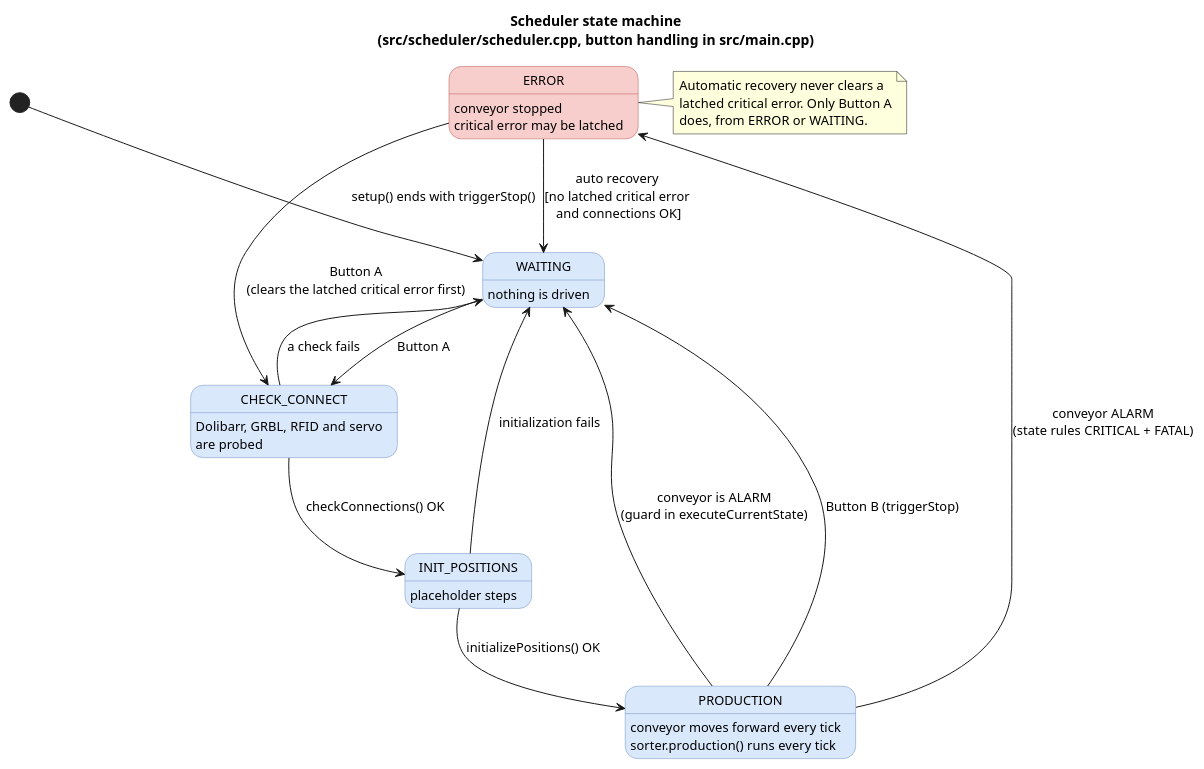
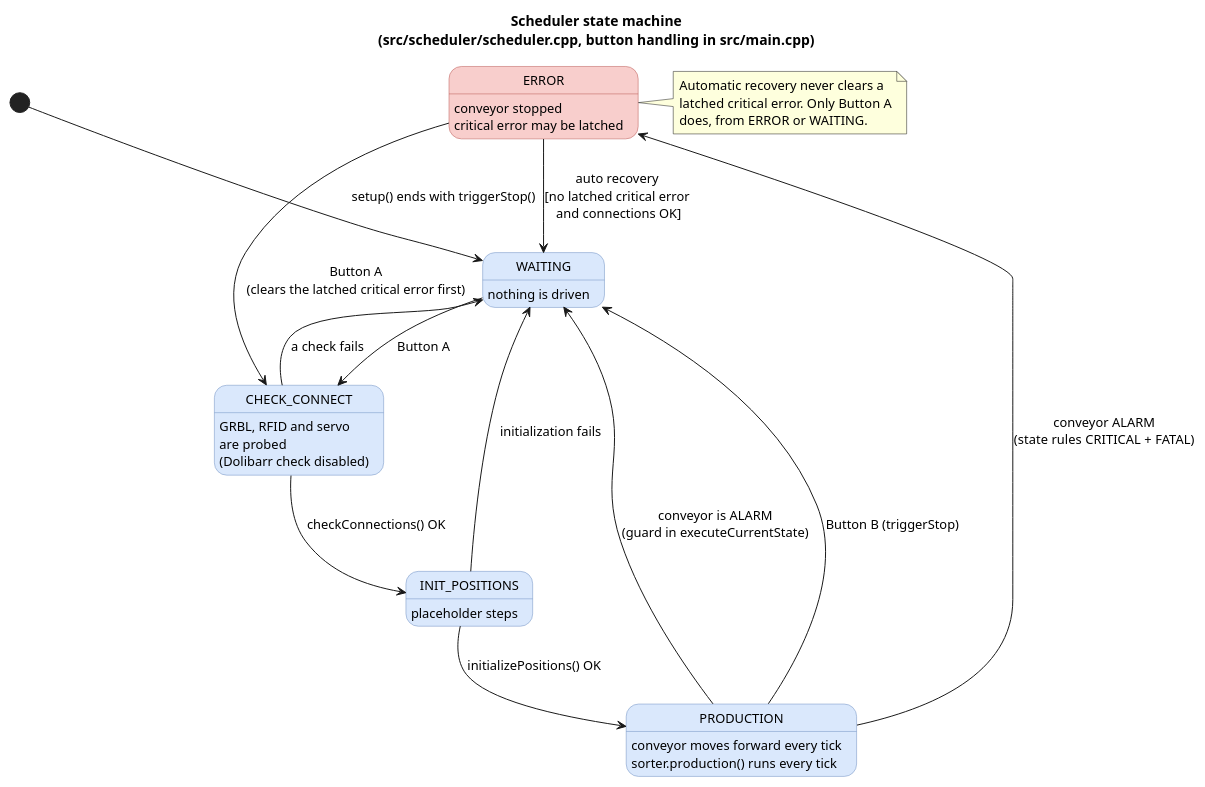
Before and after one commit to Mr-terra/Conveyor_belt: the diagram in docs/uml/03_state_scheduler.puml, drawn with PlantUML. The commit also changed 4 other files, not shown here.

```diff
--- a/docs/uml/03_state_scheduler.puml
+++ b/docs/uml/03_state_scheduler.puml
@@ -1,35 +1,35 @@
 @startuml 03_state_scheduler
 title Scheduler state machine\n(src/scheduler/scheduler.cpp, button handling in src/main.cpp)
 skinparam defaultFontSize 13
 skinparam state {
   BackgroundColor #DAE8FC
   BorderColor #6C8EBF
   BackgroundColor<<error>> #F8CECC
   BorderColor<<error>> #B85450
 }
 
 [*] --> WAITING : setup() ends with triggerStop()
 
 state WAITING : nothing is driven
-state CHECK_CONNECT : Dolibarr, GRBL, RFID and servo\nare probed
+state CHECK_CONNECT : GRBL, RFID and servo\nare probed\n(Dolibarr check disabled)
 state INIT_POSITIONS : placeholder steps
 state PRODUCTION : conveyor moves forward every tick\nsorter.production() runs every tick
 state ERROR <<error>> : conveyor stopped\ncritical error may be latched
 
 WAITING --> CHECK_CONNECT : Button A
 CHECK_CONNECT --> INIT_POSITIONS : checkConnections() OK
 CHECK_CONNECT --> WAITING : a check fails
 INIT_POSITIONS --> PRODUCTION : initializePositions() OK
 INIT_POSITIONS --> WAITING : initialization fails
 PRODUCTION --> WAITING : Button B (triggerStop)
 PRODUCTION --> WAITING : conveyor is ALARM\n(guard in executeCurrentState)
 PRODUCTION --> ERROR : conveyor ALARM\n(state rules CRITICAL + FATAL)
 ERROR --> WAITING : auto recovery\n[no latched critical error\n and connections OK]
 ERROR --> CHECK_CONNECT : Button A\n(clears the latched critical error first)
 
 note right of ERROR
   Automatic recovery never clears a
   latched critical error. Only Button A
   does, from ERROR or WAITING.
 end note
 @enduml
```
